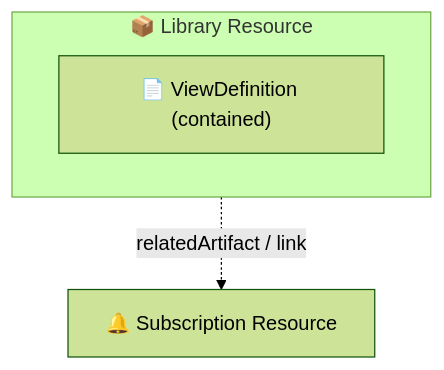
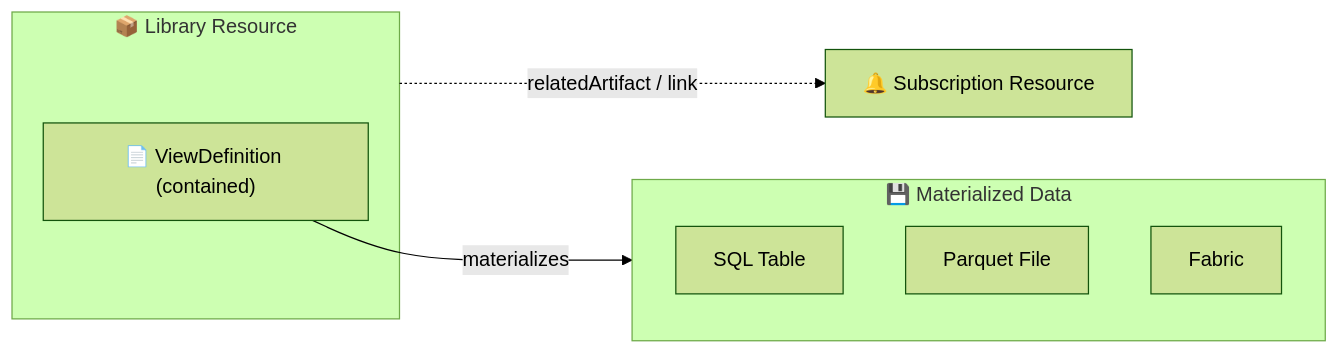
One commit to microsoft/fhir-server changed the first of 2 diagrams in docs/SqlOnFHir/viewdefinition-diagram.md. Above: the diagram before and after it, drawn with Mermaid (forest theme).

Commit message:
update diagram

````diff
--- a/docs/SqlOnFHir/viewdefinition-diagram.md
+++ b/docs/SqlOnFHir/viewdefinition-diagram.md
@@ -3,10 +3,17 @@
 ```mermaid
-graph TD
+graph LR
     subgraph Library["📦 Library Resource"]
         ViewDef["📄 ViewDefinition (contained)"]
     end
 
     Subscription["🔔 Subscription Resource"]
 
+    subgraph Materialized["💾 Materialized Data"]
+        SQL["SQL Table"]
+        Parquet["Parquet File"]
+        Fabric["Fabric"]
+    end
+
     Library -.->|relatedArtifact / link| Subscription
+    ViewDef -->|materializes| Materialized
 ```
````
